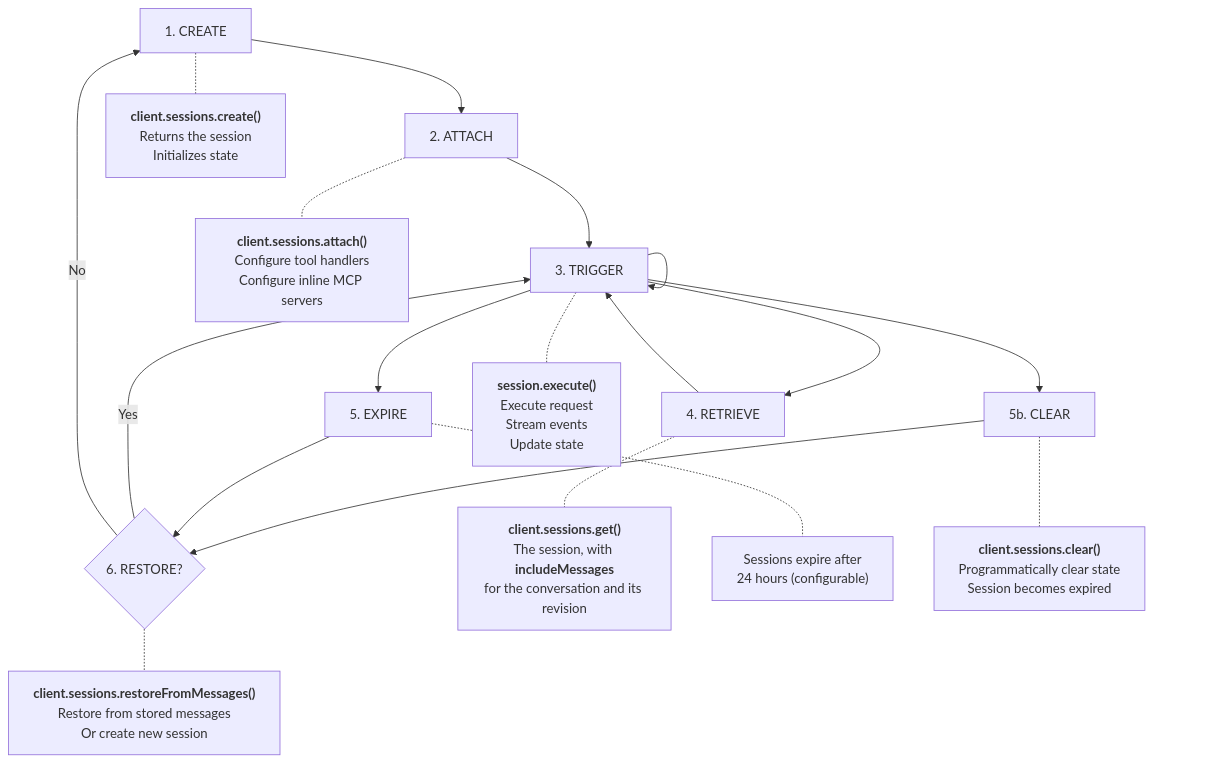
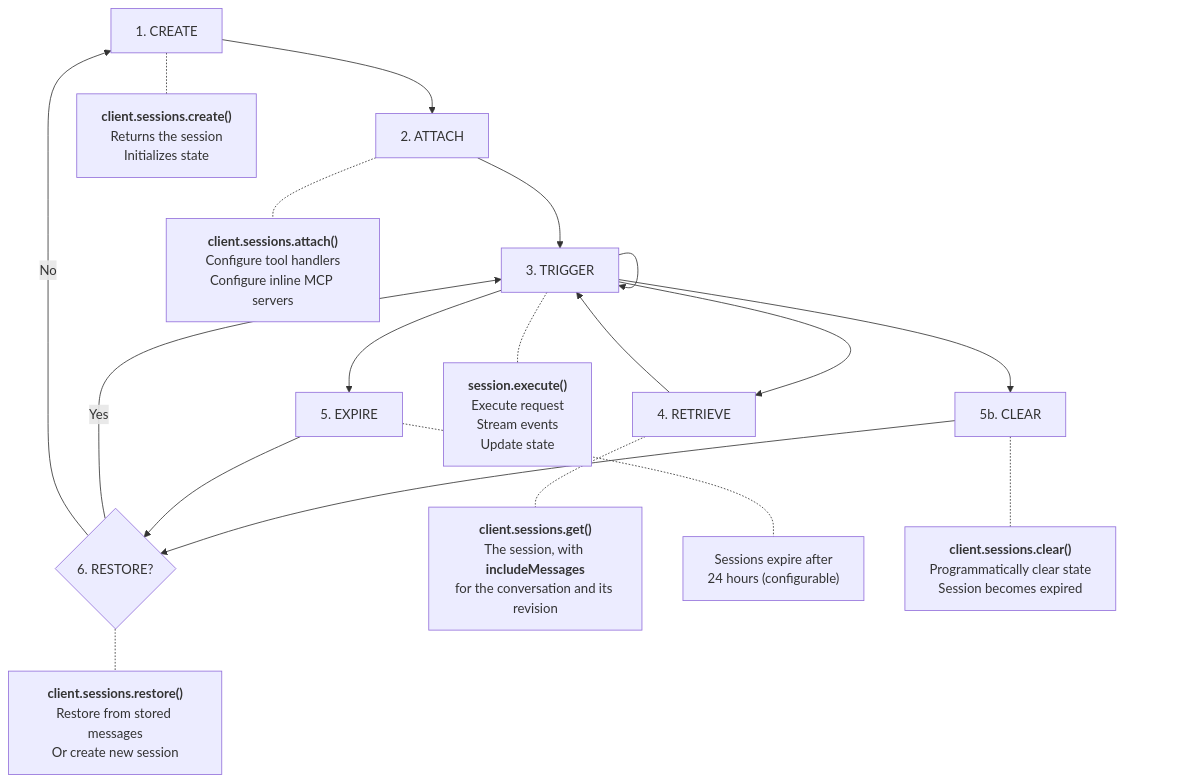
The diagram in packages/docs/content/02-server-sdk/02-sessions.md (octavus-ai/agent-sdk), drawn with Mermaid before and after one commit. The commit also changed other lines of this file and 5 other files, not shown here.

Commit message:
Add sessions.restore() returning { session, restored }, and deprecate restoreFromMessages()

````diff
--- a/packages/docs/content/02-server-sdk/02-sessions.md
+++ b/packages/docs/content/02-server-sdk/02-sessions.md
@@ -417,42 +417,42 @@
 ```mermaid
 flowchart TD
     A[1. CREATE] --> B[2. ATTACH]
     B --> C[3. TRIGGER]
     C --> C
     C --> D[4. RETRIEVE]
     D --> C
     C --> E[5. EXPIRE]
     C --> G[5b. CLEAR]
     G --> F
     E --> F{6. RESTORE?}
     F -->|Yes| C
     F -->|No| A
 
     A -.- A1["`**client.sessions.create()**
     Returns the session
     Initializes state`"]
 
     B -.- B1["`**client.sessions.attach()**
     Configure tool handlers
     Configure inline MCP servers`"]
 
     C -.- C1["`**session.execute()**
     Execute request
     Stream events
     Update state`"]
 
     D -.- D1["`**client.sessions.get()**
     The session, with **includeMessages**
     for the conversation and its revision`"]
 
     E -.- E1["`Sessions expire after
     24 hours (configurable)`"]
 
     G -.- G1["`**client.sessions.clear()**
     Programmatically clear state
     Session becomes expired`"]
 
-    F -.- F1["`**client.sessions.restoreFromMessages()**
+    F -.- F1["`**client.sessions.restore()**
     Restore from stored messages
     Or create new session`"]
 ```
````
